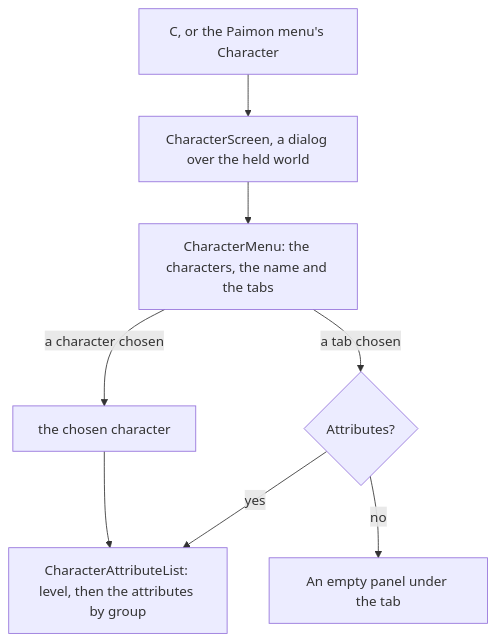
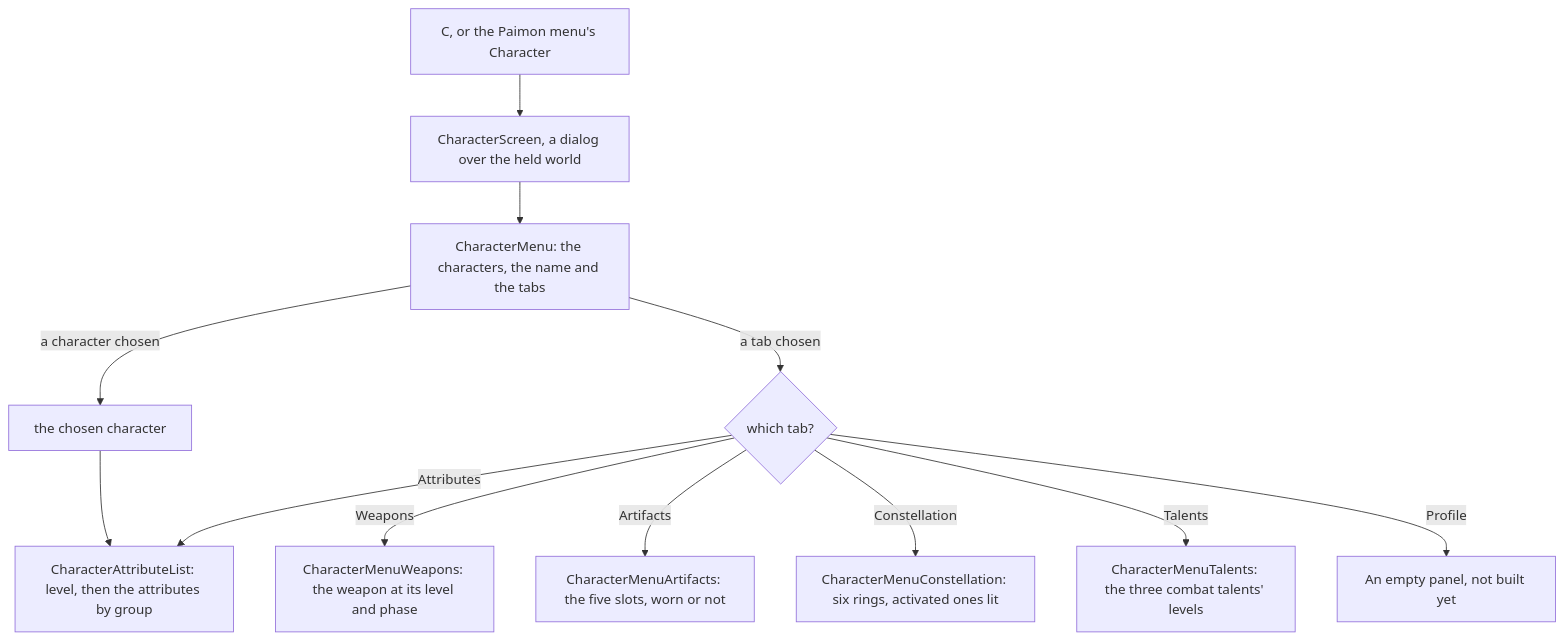
One commit to Esposter/Esposter changed the diagram in apps/web/content/docs/genshin/character-screen.md. Above: the diagram before and after it, drawn with Mermaid. The commit also changed other lines of this file and 1 other file, not shown here.

First line of the commit message:
docs(genshin): the character screen's four tab panels are scored, and the Artifacts and Constellation registrations show the wrong tab

````diff
--- a/apps/web/content/docs/genshin/character-screen.md
+++ b/apps/web/content/docs/genshin/character-screen.md
@@ -12,10 +12,14 @@
 ```mermaid
 flowchart TD
   C["C, or the Paimon menu's Character"] --> SCREEN["CharacterScreen, a dialog over the held world"]
   SCREEN --> MENU["CharacterMenu: the characters, the name and the tabs"]
   MENU -->|"a character chosen"| CHOSEN["the chosen character"]
-  MENU -->|"a tab chosen"| TAB{"Attributes?"}
-  TAB -->|yes| LIST["CharacterAttributeList: level, then the attributes by group"]
-  TAB -->|no| EMPTY["An empty panel under the tab"]
+  MENU -->|"a tab chosen"| TAB{"which tab?"}
+  TAB -->|Attributes| LIST["CharacterAttributeList: level, then the attributes by group"]
+  TAB -->|Weapons| WEAPONS["CharacterMenuWeapons: the weapon at its level and phase"]
+  TAB -->|Artifacts| ARTIFACTS["CharacterMenuArtifacts: the five slots, worn or not"]
+  TAB -->|Constellation| CONSTELLATIONS["CharacterMenuConstellation: six rings, activated ones lit"]
+  TAB -->|Talents| TALENTS["CharacterMenuTalents: the three combat talents' levels"]
+  TAB -->|Profile| EMPTY["An empty panel, not built yet"]
   CHOSEN --> LIST
 ```
````
